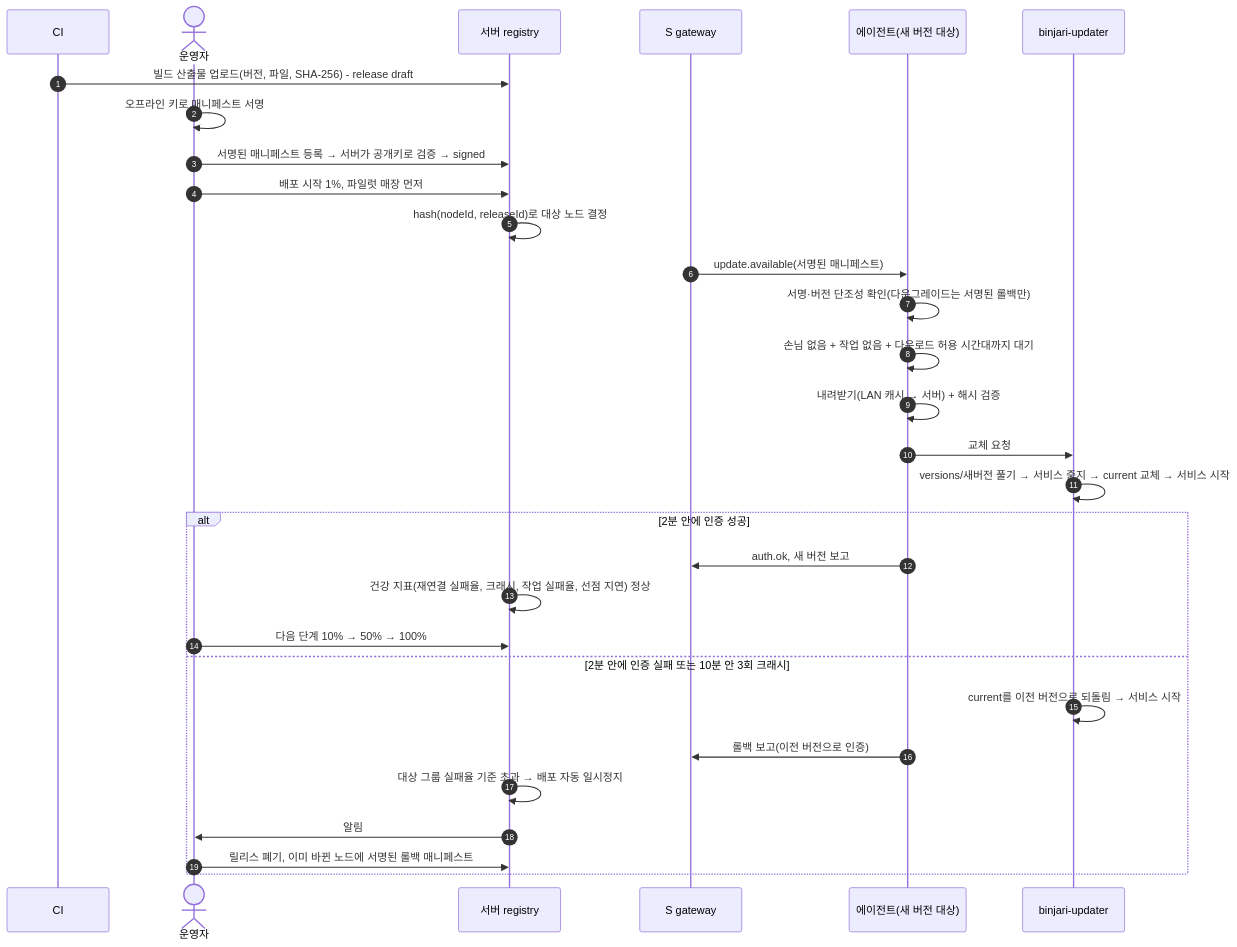
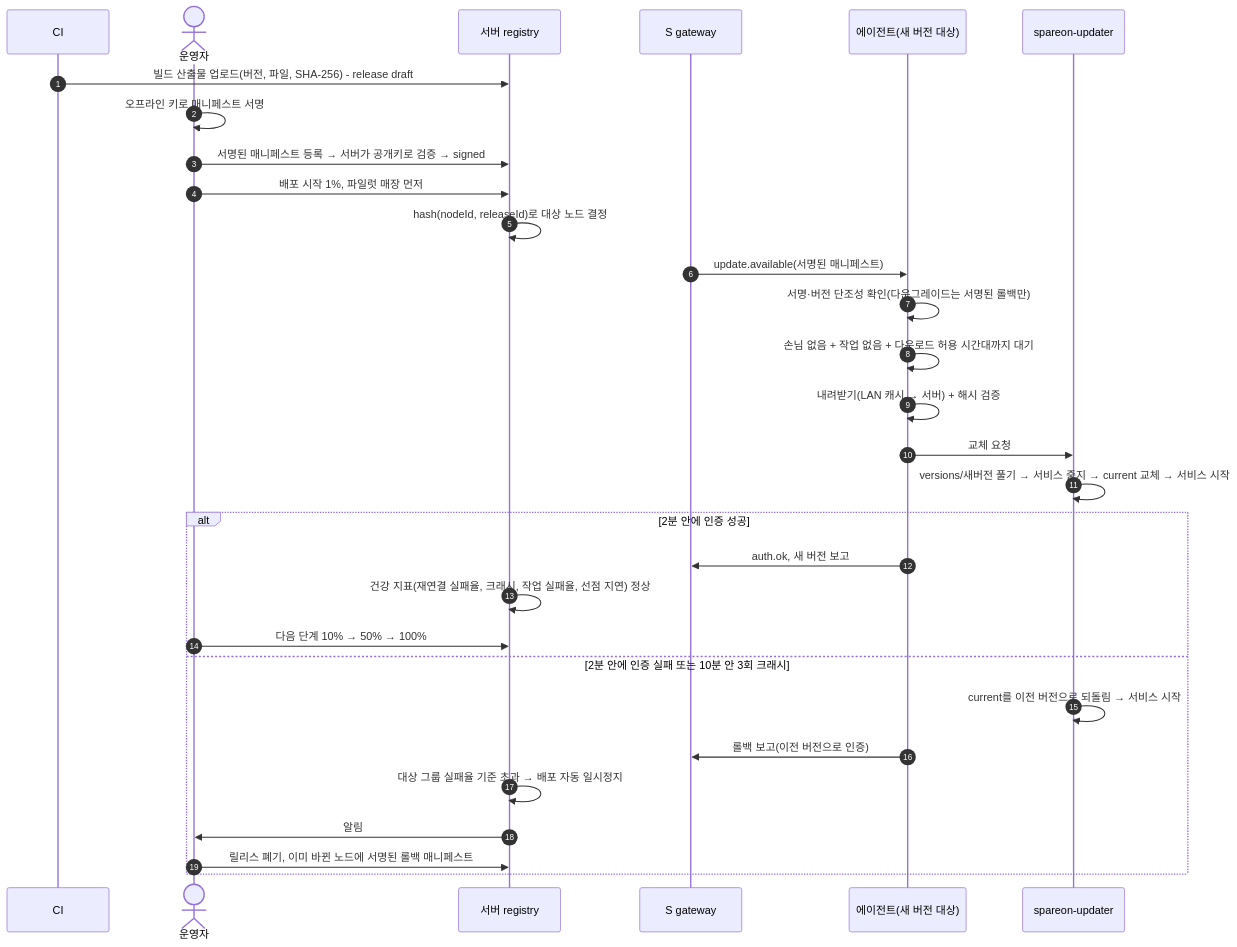
Diagram 11 of 23 in docs/ARCHITECTURE.md (songhojin0525/spareon), drawn with Mermaid before and after one commit. The commit also changed other lines of this file and 191 other files, not shown here.

First line of the commit message:
Rename the project binjari to spareon (packages, Go module, binaries, DB role and schema, env vars, signing domains, docs) and apply the spareon wordmark

````diff
--- a/docs/ARCHITECTURE.md
+++ b/docs/ARCHITECTURE.md
@@ -500,32 +500,32 @@
 ```mermaid
 sequenceDiagram
   autonumber
   participant CI as CI
   actor OP as 운영자
   participant S as 서버 registry
   participant G as S gateway
   participant A as 에이전트(새 버전 대상)
-  participant U as binjari-updater
+  participant U as spareon-updater
   CI->>S: 빌드 산출물 업로드(버전, 파일, SHA-256) - release draft
   OP->>OP: 오프라인 키로 매니페스트 서명
   OP->>S: 서명된 매니페스트 등록 → 서버가 공개키로 검증 → signed
   OP->>S: 배포 시작 1%, 파일럿 매장 먼저
   S->>S: hash(nodeId, releaseId)로 대상 노드 결정
   G->>A: update.available(서명된 매니페스트)
   A->>A: 서명·버전 단조성 확인(다운그레이드는 서명된 롤백만)
   A->>A: 손님 없음 + 작업 없음 + 다운로드 허용 시간대까지 대기
   A->>A: 내려받기(LAN 캐시 → 서버) + 해시 검증
   A->>U: 교체 요청
   U->>U: versions/새버전 풀기 → 서비스 중지 → current 교체 → 서비스 시작
   alt 2분 안에 인증 성공
     A->>G: auth.ok, 새 버전 보고
     S->>S: 건강 지표(재연결 실패율, 크래시, 작업 실패율, 선점 지연) 정상
     OP->>S: 다음 단계 10% → 50% → 100%
   else 2분 안에 인증 실패 또는 10분 안 3회 크래시
     U->>U: current를 이전 버전으로 되돌림 → 서비스 시작
     A->>G: 롤백 보고(이전 버전으로 인증)
     S->>S: 대상 그룹 실패율 기준 초과 → 배포 자동 일시정지
     S->>OP: 알림
     OP->>S: 릴리스 폐기, 이미 바뀐 노드에 서명된 롤백 매니페스트
   end
 ```
````
